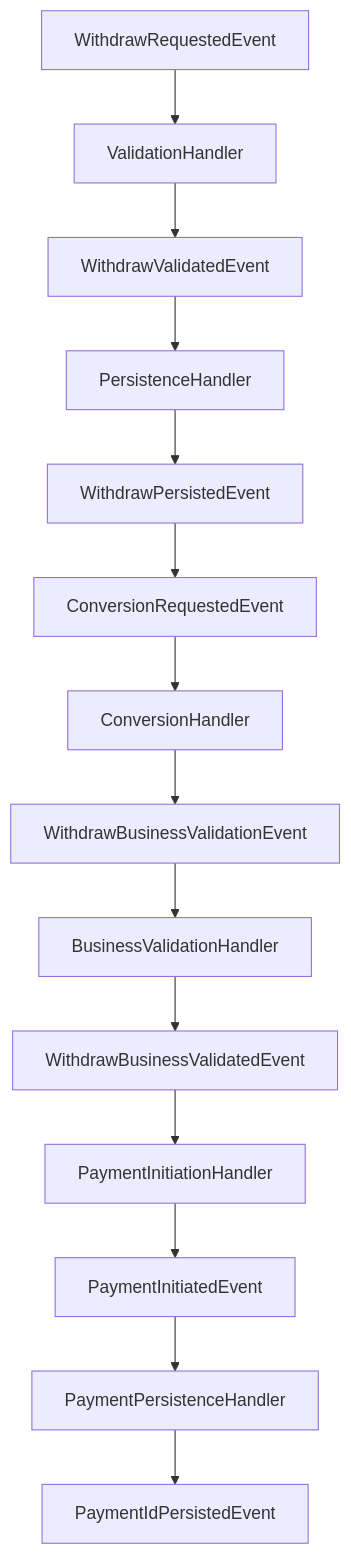
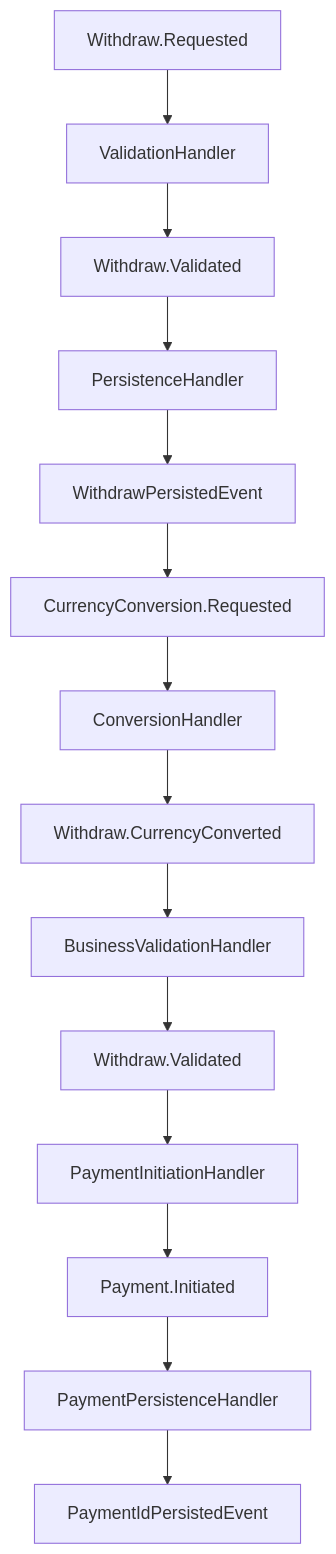
Before and after one commit to amirasaad/fintech: the second of 2 diagrams in docs/refactoring/event-driven-withdraw-flow.md, drawn with Mermaid. The commit also changed other lines of this file and 11 other files, not shown here.

````diff
--- a/docs/refactoring/event-driven-withdraw-flow.md
+++ b/docs/refactoring/event-driven-withdraw-flow.md
@@ -57,16 +57,16 @@
 ```mermaid
 flowchart TD
-    A[WithdrawRequestedEvent] --> B[ValidationHandler]
-    B --> C[WithdrawValidatedEvent]
+    A[Withdraw.Requested] --> B[ValidationHandler]
+    B --> C[Withdraw.Validated]
     C --> D[PersistenceHandler]
     D --> E[WithdrawPersistedEvent]
-    E --> F[ConversionRequestedEvent]
+    E --> F[CurrencyConversion.Requested]
     F --> G[ConversionHandler]
-    G --> H[WithdrawBusinessValidationEvent]
+    G --> H[Withdraw.CurrencyConverted]
     H --> I[BusinessValidationHandler]
-    I --> J[WithdrawBusinessValidatedEvent]
+    I --> J[Withdraw.Validated]
     J --> K[PaymentInitiationHandler]
-    K --> L[PaymentInitiatedEvent]
+    K --> L[Payment.Initiated]
     L --> M[PaymentPersistenceHandler]
     M --> N[PaymentIdPersistedEvent]
 ```
````
